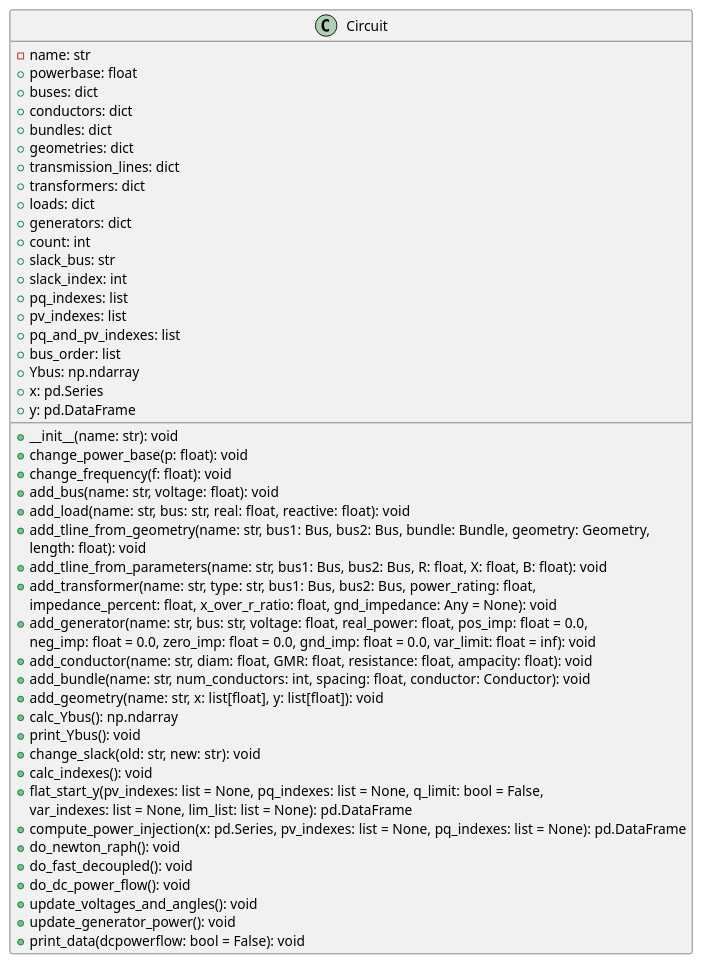
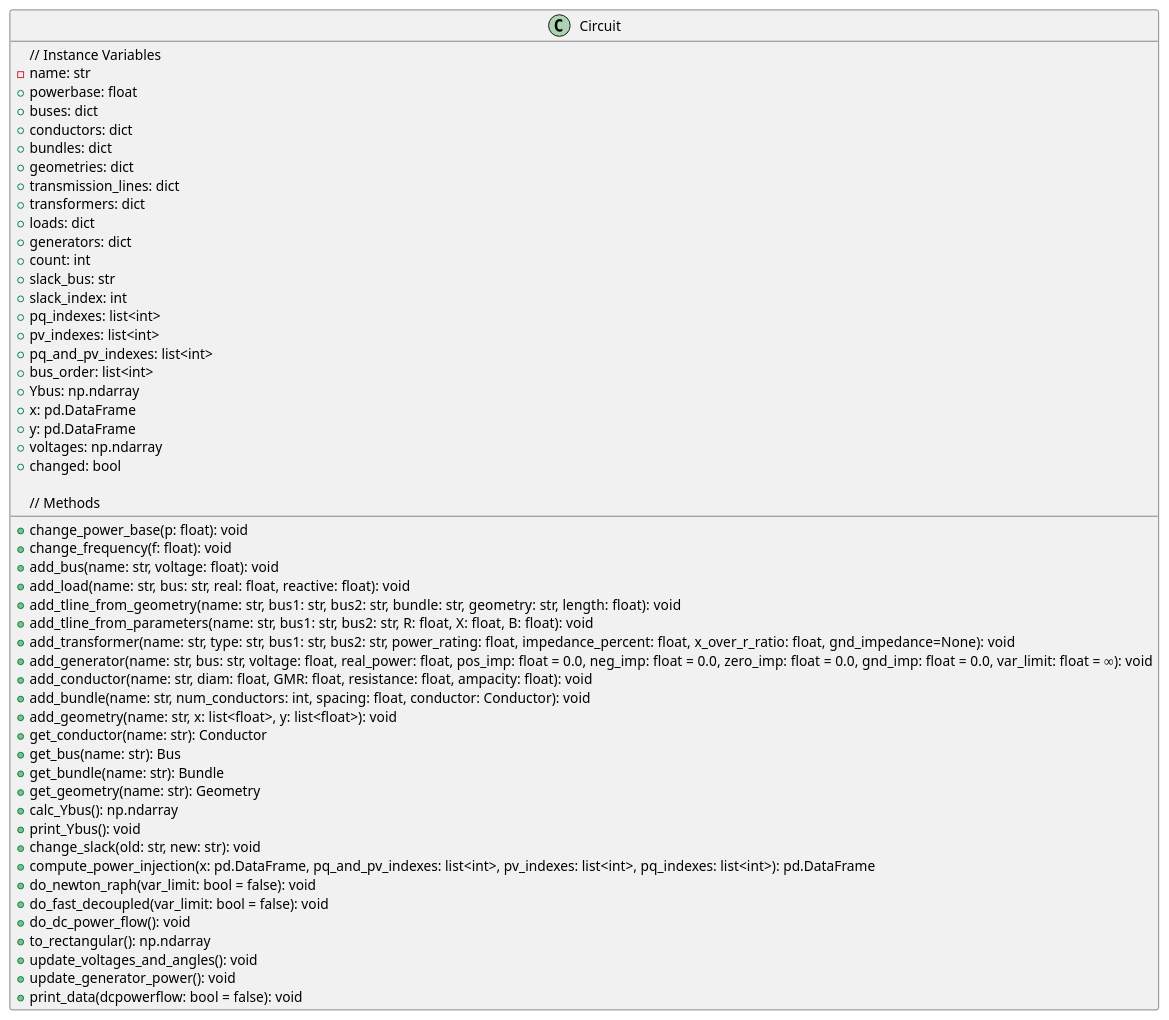
One commit to JLipnerPitt/ECE2774-ADV-POWER-SYSTEMS-ANALYSIS changed the fifth of 19 diagrams in project2.plantuml. Above: the diagram before and after it, drawn with PlantUML. The commit also changed other lines of this file, not shown here.

Commit message:
Modified to make Circuit class diagram up to date.

```diff
--- a/project2.plantuml
+++ b/project2.plantuml
@@ -66,53 +66,56 @@
-@startuml Circuit
+@startuml
 class Circuit {
+    // Instance Variables
     - name: str
     + powerbase: float
     + buses: dict
     + conductors: dict
     + bundles: dict
     + geometries: dict
     + transmission_lines: dict
     + transformers: dict
     + loads: dict
     + generators: dict
     + count: int
     + slack_bus: str
     + slack_index: int
-    + pq_indexes: list
-    + pv_indexes: list
-    + pq_and_pv_indexes: list
-    + bus_order: list
+    + pq_indexes: list<int>
+    + pv_indexes: list<int>
+    + pq_and_pv_indexes: list<int>
+    + bus_order: list<int>
     + Ybus: np.ndarray
-    + x: pd.Series
+    + x: pd.DataFrame
     + y: pd.DataFrame
+    + voltages: np.ndarray
+    + changed: bool
 
-    + __init__(name: str): void
+    // Methods
     + change_power_base(p: float): void
     + change_frequency(f: float): void
     + add_bus(name: str, voltage: float): void
     + add_load(name: str, bus: str, real: float, reactive: float): void
-    + add_tline_from_geometry(name: str, bus1: Bus, bus2: Bus, bundle: Bundle, geometry: Geometry,
-    length: float): void
-    + add_tline_from_parameters(name: str, bus1: Bus, bus2: Bus, R: float, X: float, B: float): void
-    + add_transformer(name: str, type: str, bus1: Bus, bus2: Bus, power_rating: float,
-    impedance_percent: float, x_over_r_ratio: float, gnd_impedance: Any = None): void
-    + add_generator(name: str, bus: str, voltage: float, real_power: float, pos_imp: float = 0.0,
-    neg_imp: float = 0.0, zero_imp: float = 0.0, gnd_imp: float = 0.0, var_limit: float = inf): void
+    + add_tline_from_geometry(name: str, bus1: str, bus2: str, bundle: str, geometry: str, length: float): void
+    + add_tline_from_parameters(name: str, bus1: str, bus2: str, R: float, X: float, B: float): void
+    + add_transformer(name: str, type: str, bus1: str, bus2: str, power_rating: float, impedance_percent: float, x_over_r_ratio: float, gnd_impedance=None): void
+    + add_generator(name: str, bus: str, voltage: float, real_power: float, pos_imp: float = 0.0, neg_imp: float = 0.0, zero_imp: float = 0.0, gnd_imp: float = 0.0, var_limit: float = ∞): void
     + add_conductor(name: str, diam: float, GMR: float, resistance: float, ampacity: float): void
     + add_bundle(name: str, num_conductors: int, spacing: float, conductor: Conductor): void
-    + add_geometry(name: str, x: list[float], y: list[float]): void
+    + add_geometry(name: str, x: list<float>, y: list<float>): void
+    + get_conductor(name: str): Conductor
+    + get_bus(name: str): Bus
+    + get_bundle(name: str): Bundle
+    + get_geometry(name: str): Geometry
     + calc_Ybus(): np.ndarray
     + print_Ybus(): void
     + change_slack(old: str, new: str): void
-    + calc_indexes(): void
-    + flat_start_y(pv_indexes: list = None, pq_indexes: list = None, q_limit: bool = False,
-    var_indexes: list = None, lim_list: list = None): pd.DataFrame
-    + compute_power_injection(x: pd.Series, pv_indexes: list = None, pq_indexes: list = None): pd.DataFrame
-    + do_newton_raph(): void
-    + do_fast_decoupled(): void
+    + compute_power_injection(x: pd.DataFrame, pq_and_pv_indexes: list<int>, pv_indexes: list<int>, pq_indexes: list<int>): pd.DataFrame
+    + do_newton_raph(var_limit: bool = false): void
+    + do_fast_decoupled(var_limit: bool = false): void
     + do_dc_power_flow(): void
+    + to_rectangular(): np.ndarray
     + update_voltages_and_angles(): void
     + update_generator_power(): void
-    + print_data(dcpowerflow: bool = False): void
+    + print_data(dcpowerflow: bool = false): void
 }
+
 @enduml
```
